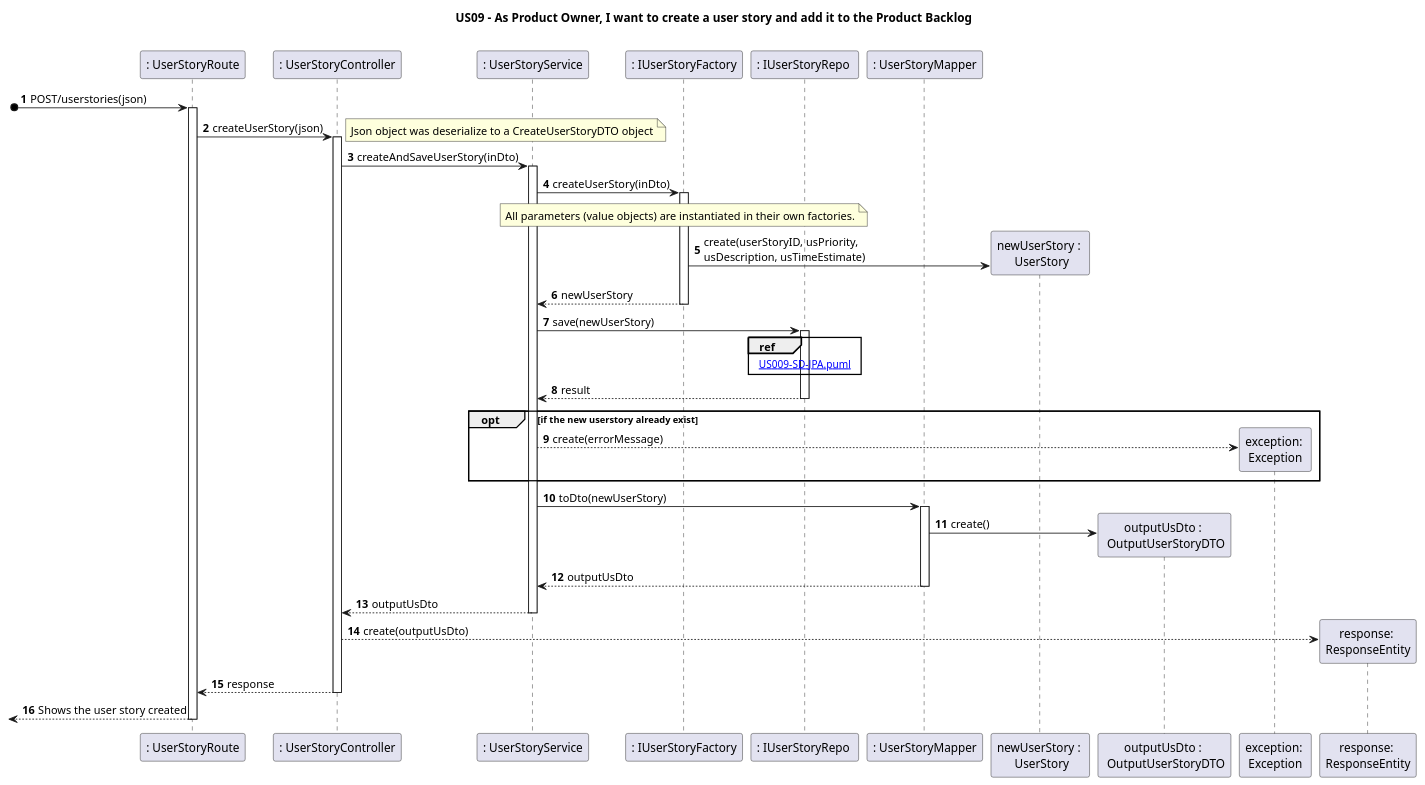
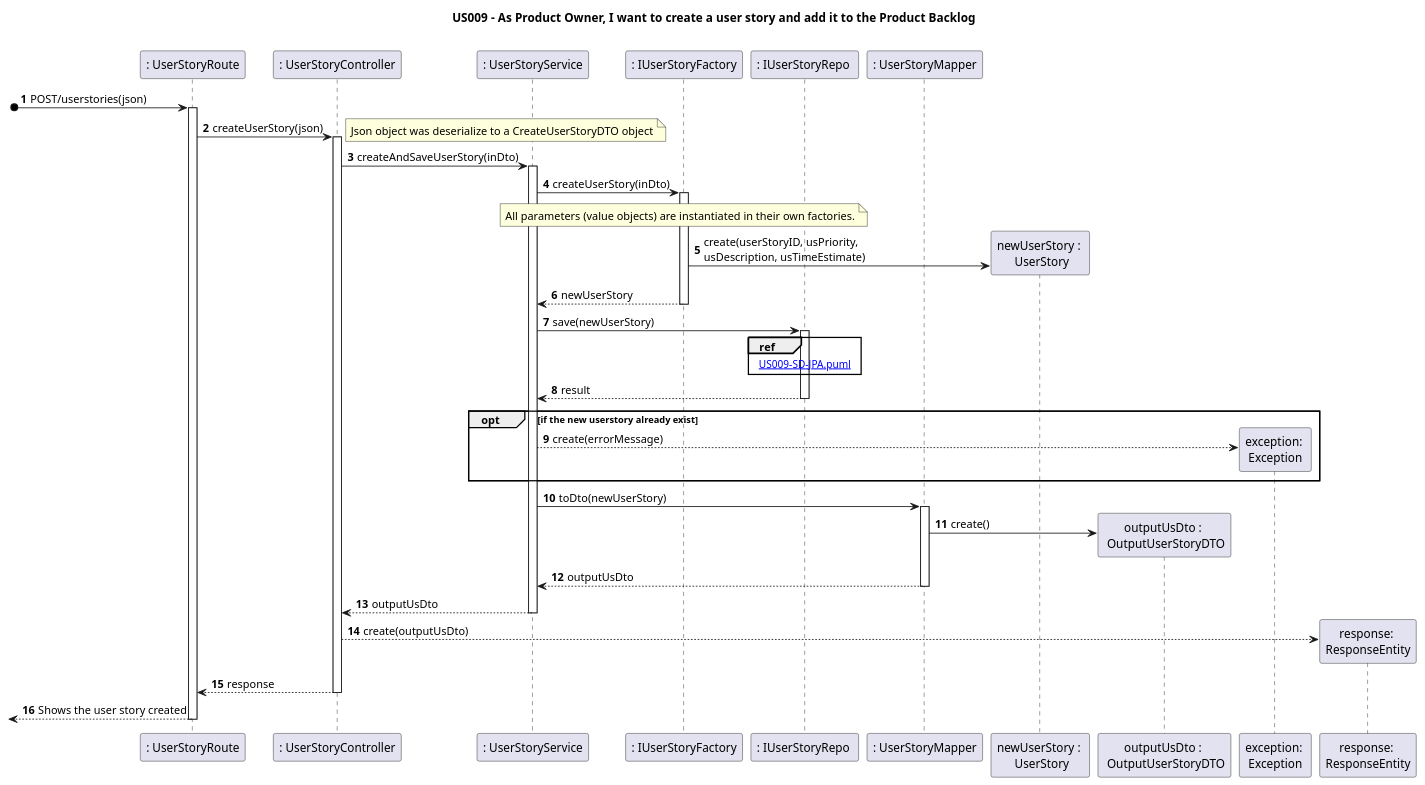
Before and after one commit to nunogon1211787/projectManagement: the diagram in docs/Sprint1/US009/US009-SD.puml, drawn with PlantUML. The commit also changed 51 other files, not shown here.

```diff
--- a/docs/Sprint1/US009/US009-SD.puml
+++ b/docs/Sprint1/US009/US009-SD.puml
@@ -1,50 +1,50 @@
 @startuml
 'https://plantuml.com/sequence-diagram
 
-title US09 - As Product Owner, I want to create a user story and add it to the Product Backlog
+title US009 - As Product Owner, I want to create a user story and add it to the Product Backlog
 
 autoactivate on
 autonumber
 
 
 participant ": UserStoryRoute" as System
 participant ": UserStoryController" as Ctrl
 participant ": UserStoryService" as appService
 participant ": IUserStoryFactory" as factory
 participant ": IUserStoryRepo " as usStore
 participant ": UserStoryMapper" as usMapper
 participant "newUserStory : \n UserStory" as us
 participant "outputUsDto : \n OutputUserStoryDTO" as outDto
 participant "exception: \nException" as exc
 participant "response: \nResponseEntity" as json
 
 
 
 [o-> System: POST/userstories(json)
 System -> Ctrl: createUserStory(json)
 note right
 Json object was deserialize to a CreateUserStoryDTO object
 end note
 Ctrl -> appService: createAndSaveUserStory(inDto)
 appService -> factory:  createUserStory(inDto)
 
 note over factory : All parameters (value objects) are instantiated in their own factories.
 
 factory -> us **: create(userStoryID, usPriority, \nusDescription, usTimeEstimate)
 return newUserStory
 
 appService-> usStore: save(newUserStory)
 ref over usStore: [[US009-SD-JPA.puml]]
 return result
 opt if the new userstory already exist
 appService --> exc** : create(errorMessage)
 end
 appService-> usMapper : toDto(newUserStory)
 usMapper-> outDto **:create()
 usMapper --> appService: outputUsDto
 appService --> Ctrl: outputUsDto
 Ctrl --> json**: create(outputUsDto)
 Ctrl --> System: response
 [<--System : Shows the user story created
 
 @enduml
```
